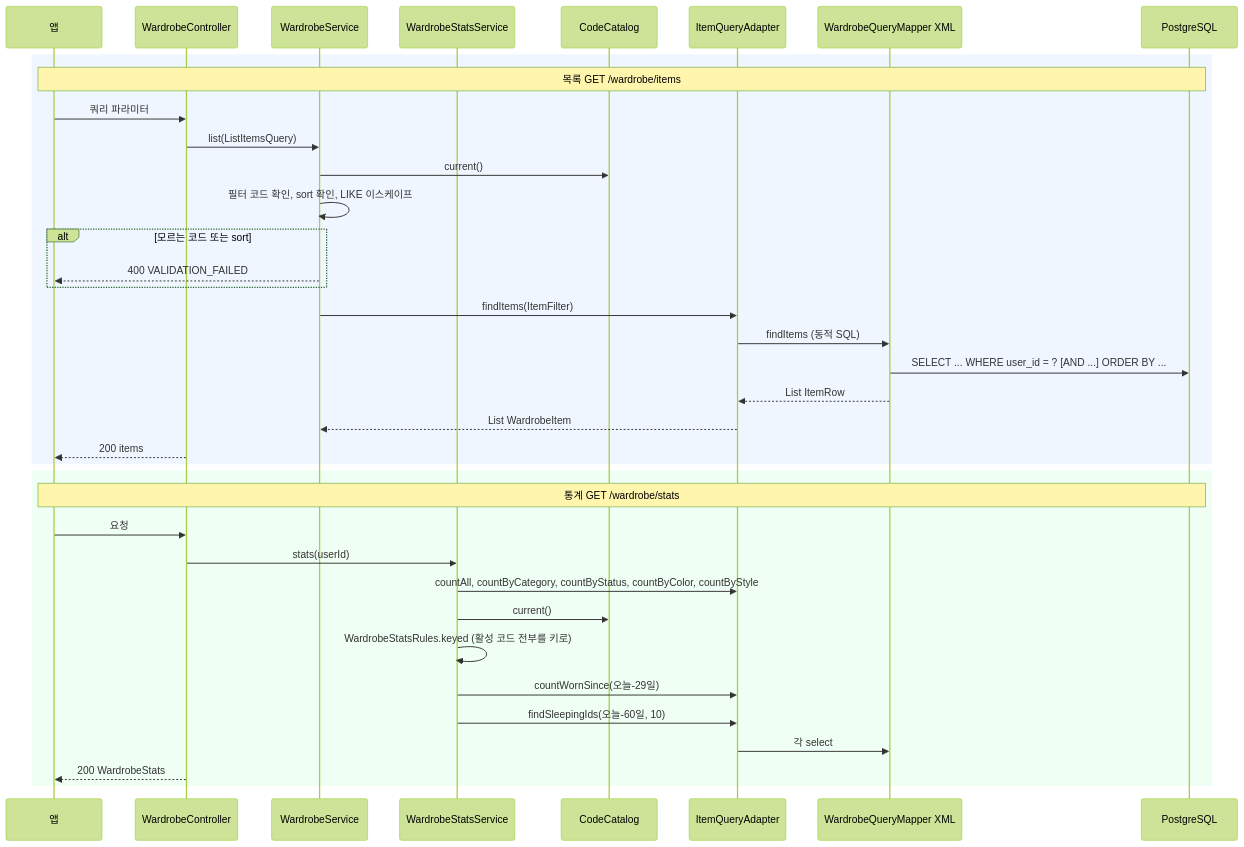
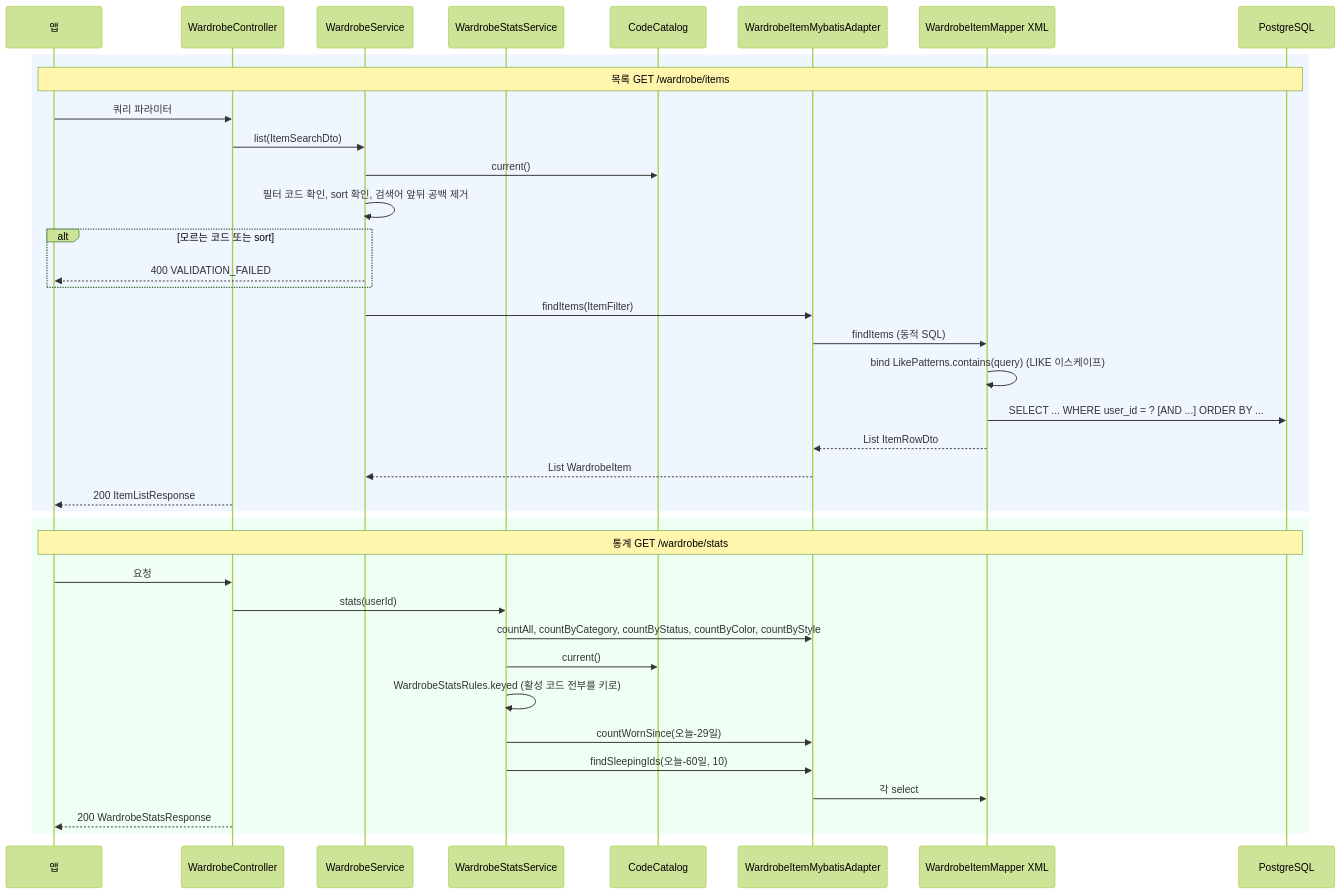
One commit to showzone83/wearly changed the sixth of 10 diagrams in doc/10_백엔드_흐름.md. Above: the diagram before and after it, drawn with Mermaid (forest theme). The commit also changed other lines of this file and 2 other files, not shown here.

````diff
--- a/doc/10_백엔드_흐름.md
+++ b/doc/10_백엔드_흐름.md
@@ -335,41 +347,42 @@
 ```mermaid
 sequenceDiagram
   participant C as 앱
   participant WC as WardrobeController
   participant WS as WardrobeService
   participant ST as WardrobeStatsService
   participant CC as CodeCatalog
-  participant QP as ItemQueryAdapter
-  participant M as WardrobeQueryMapper XML
+  participant QP as WardrobeItemMybatisAdapter
+  participant M as WardrobeItemMapper XML
   participant DB as PostgreSQL
 
   rect rgb(240, 246, 255)
   Note over C,DB: 목록 GET /wardrobe/items
   C->>WC: 쿼리 파라미터
-  WC->>WS: list(ListItemsQuery)
+  WC->>WS: list(ItemSearchDto)
   WS->>CC: current()
-  WS->>WS: 필터 코드 확인, sort 확인, LIKE 이스케이프
+  WS->>WS: 필터 코드 확인, sort 확인, 검색어 앞뒤 공백 제거
   alt 모르는 코드 또는 sort
     WS-->>C: 400 VALIDATION_FAILED
   end
   WS->>QP: findItems(ItemFilter)
   QP->>M: findItems (동적 SQL)
+  M->>M: bind LikePatterns.contains(query) (LIKE 이스케이프)
   M->>DB: SELECT ... WHERE user_id = ? [AND ...] ORDER BY ...
-  M-->>QP: List ItemRow
+  M-->>QP: List ItemRowDto
   QP-->>WS: List WardrobeItem
-  WC-->>C: 200 items
+  WC-->>C: 200 ItemListResponse
   end
 
   rect rgb(240, 255, 244)
   Note over C,DB: 통계 GET /wardrobe/stats
   C->>WC: 요청
   WC->>ST: stats(userId)
   ST->>QP: countAll, countByCategory, countByStatus, countByColor, countByStyle
   ST->>CC: current()
   ST->>ST: WardrobeStatsRules.keyed (활성 코드 전부를 키로)
   ST->>QP: countWornSince(오늘-29일)
   ST->>QP: findSleepingIds(오늘-60일, 10)
   QP->>M: 각 select
-  WC-->>C: 200 WardrobeStats
+  WC-->>C: 200 WardrobeStatsResponse
   end
 ```
````
